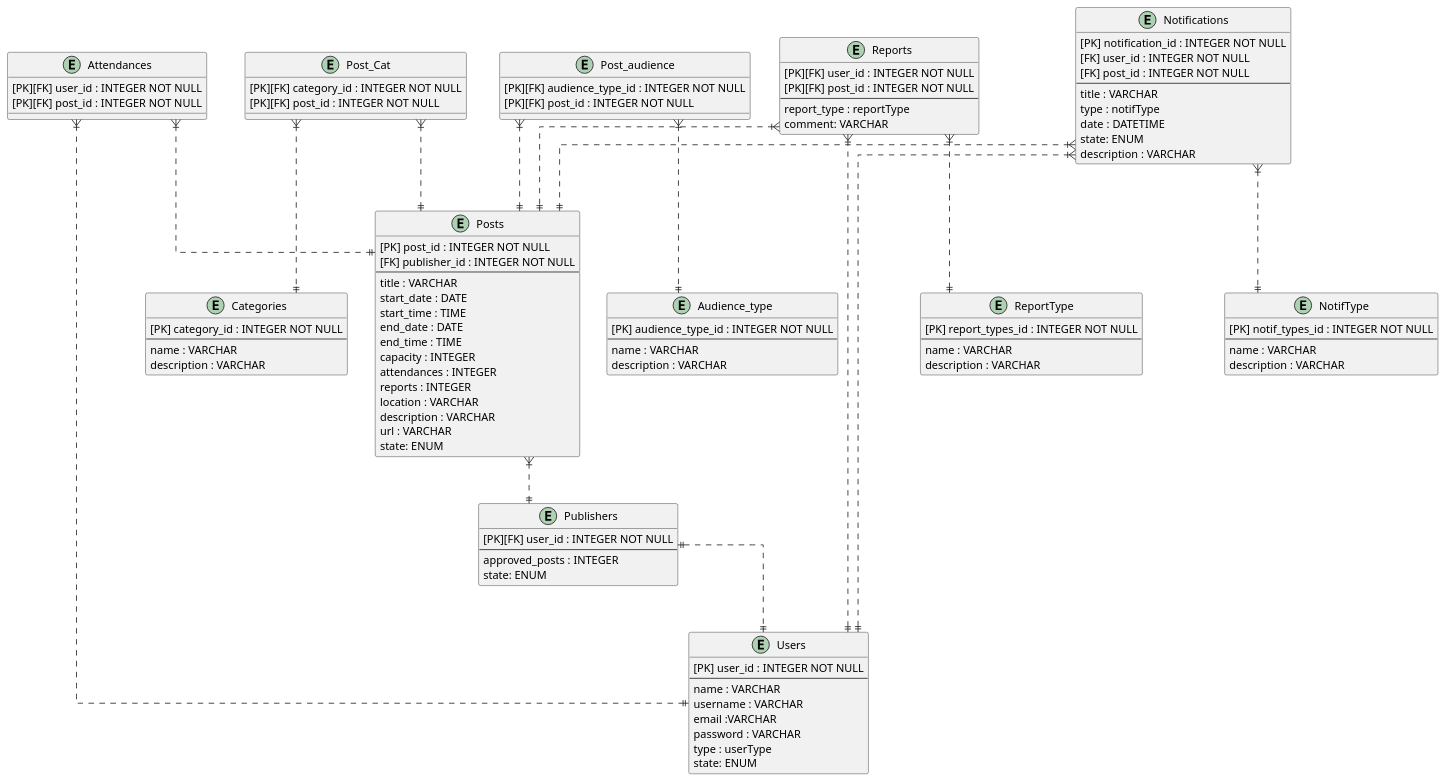
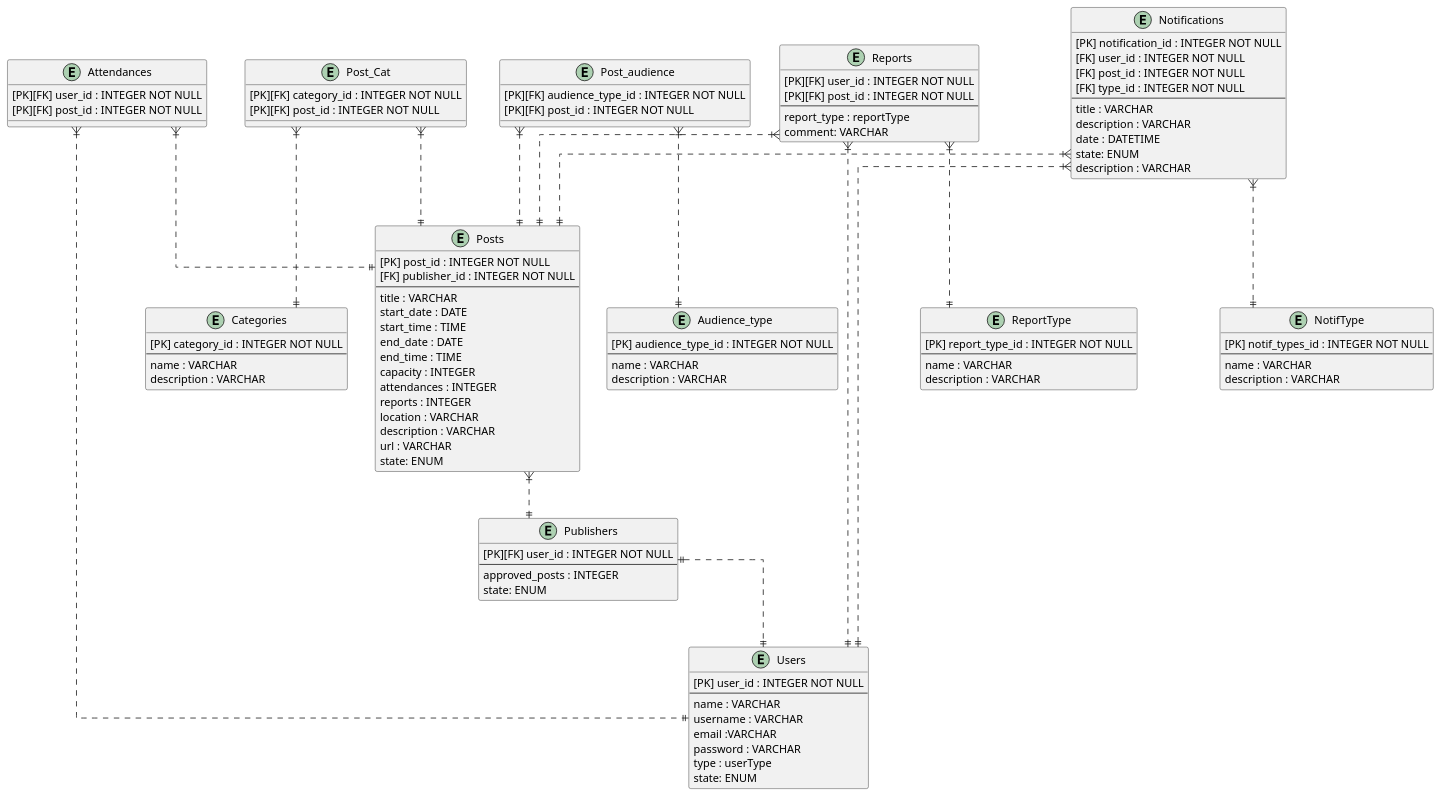
The diagram in docs/diagramas/entity_relation.puml (mazHania4/o_k_h), drawn with PlantUML before and after one commit. The commit also changed 22 other files, not shown here.

```diff
--- a/docs/diagramas/entity_relation.puml
+++ b/docs/diagramas/entity_relation.puml
@@ -1,130 +1,131 @@
 @startuml entity_relation
 
 ' hide the spot
 ' hide circle
 
 ' avoid problems with angled crows feet
 skinparam linetype ortho
 
 
 entity "Users" as users {
     [PK] user_id : INTEGER NOT NULL
     --
     name : VARCHAR
     username : VARCHAR
     email :VARCHAR
     password : VARCHAR
     type : userType
     state: ENUM
 }
 
 entity "Publishers" as publishers {
     [PK][FK] user_id : INTEGER NOT NULL
     --
     approved_posts : INTEGER
     state: ENUM
 }
 
 entity "Posts" as posts {
     [PK] post_id : INTEGER NOT NULL
     [FK] publisher_id : INTEGER NOT NULL
     --
     title : VARCHAR
     start_date : DATE
     start_time : TIME
     end_date : DATE
     end_time : TIME
     capacity : INTEGER
     attendances : INTEGER
     reports : INTEGER
     location : VARCHAR
     description : VARCHAR
     url : VARCHAR
     state: ENUM
 }
 
 entity "Categories" as cats {
     [PK] category_id : INTEGER NOT NULL
     --
     name : VARCHAR
     description : VARCHAR
 }
 
 entity "Post_Cat" as post_cat {
     [PK][FK] category_id : INTEGER NOT NULL
     [PK][FK] post_id : INTEGER NOT NULL
 }
 
 entity "Audience_type" as audience_type {
     [PK] audience_type_id : INTEGER NOT NULL
     --
     name : VARCHAR
     description : VARCHAR
 }
 
 entity "Post_audience" as post_audience {
     [PK][FK] audience_type_id : INTEGER NOT NULL
     [PK][FK] post_id : INTEGER NOT NULL
 }
 
 entity "Attendances" as attendances {
     [PK][FK] user_id : INTEGER NOT NULL
     [PK][FK] post_id : INTEGER NOT NULL
 }
 
 entity "ReportType" as report_types {
-    [PK] report_types_id : INTEGER NOT NULL
+    [PK] report_type_id : INTEGER NOT NULL
     --
     name : VARCHAR
     description : VARCHAR
 }
 
 entity "Reports" as reports {
     [PK][FK] user_id : INTEGER NOT NULL
     [PK][FK] post_id : INTEGER NOT NULL
     --
     report_type : reportType
     comment: VARCHAR
 }
 
 
 entity "NotifType" as notifTypes {
     [PK] notif_types_id : INTEGER NOT NULL
     --
     name : VARCHAR
     description : VARCHAR
 }
 
 entity "Notifications" as notifs {
     [PK] notification_id : INTEGER NOT NULL
     [FK] user_id : INTEGER NOT NULL
     [FK] post_id : INTEGER NOT NULL
+    [FK] type_id : INTEGER NOT NULL
     --
     title : VARCHAR
-    type : notifType
+    description : VARCHAR
     date : DATETIME
     state: ENUM
     description : VARCHAR
 }
 
 publishers ||..|| users
 posts }|..|| publishers
 post_cat }|..|| posts
 post_cat }|..|| cats
 post_audience }|..|| posts
 post_audience }|..|| audience_type
 attendances }|..|| posts
 attendances }|..|| users
 reports }|..|| posts
 reports }|..|| users
 reports }|..|| report_types
 
 notifs }|..|| users
 notifs }|..|| posts
 notifs }|..|| notifTypes
 
 
 
 
 
 @enduml
```
